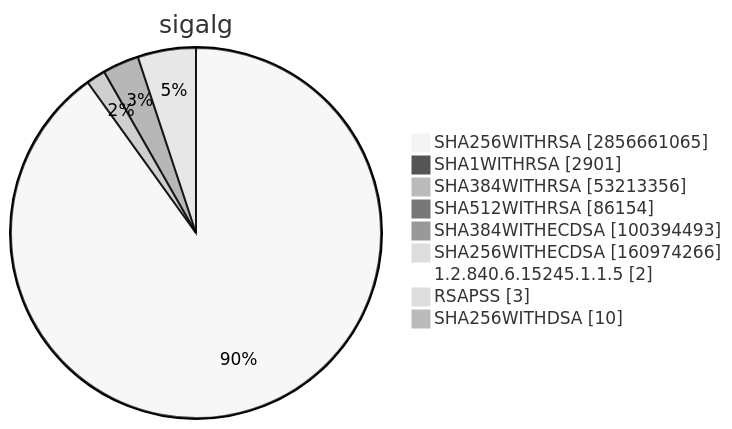
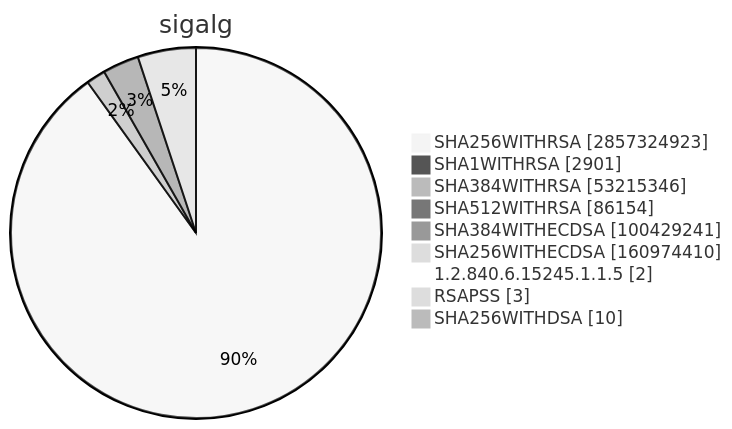
Before and after one commit to christiankrug/ctmonitor_visualization: diagram 15 of 15 in TOTAL/README.md, drawn with Mermaid (neutral theme). The commit also changed other lines of this file, not shown here.

````diff
--- a/TOTAL/README.md
+++ b/TOTAL/README.md
@@ -6207,13 +6207,13 @@
 ```mermaid
 pie showData
 title sigalg
-"SHA256WITHRSA" :2856661065
+"SHA256WITHRSA" :2857324923
 "SHA1WITHRSA" :2901
-"SHA384WITHRSA" :53213356
+"SHA384WITHRSA" :53215346
 "SHA512WITHRSA" :86154
-"SHA384WITHECDSA" :100394493
-"SHA256WITHECDSA" :160974266
+"SHA384WITHECDSA" :100429241
+"SHA256WITHECDSA" :160974410
 "1.2.840.6.15245.1.1.5" :2
 "RSAPSS" :3
 "SHA256WITHDSA" :10
 ```
````
